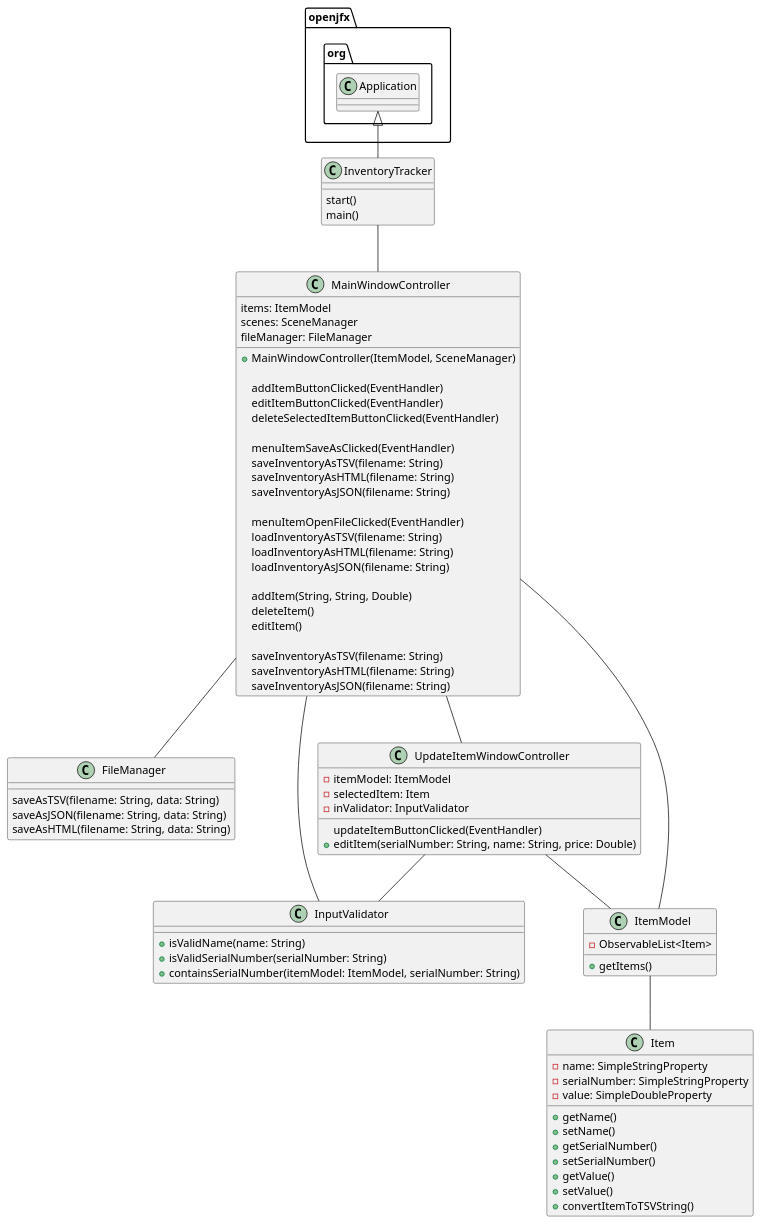
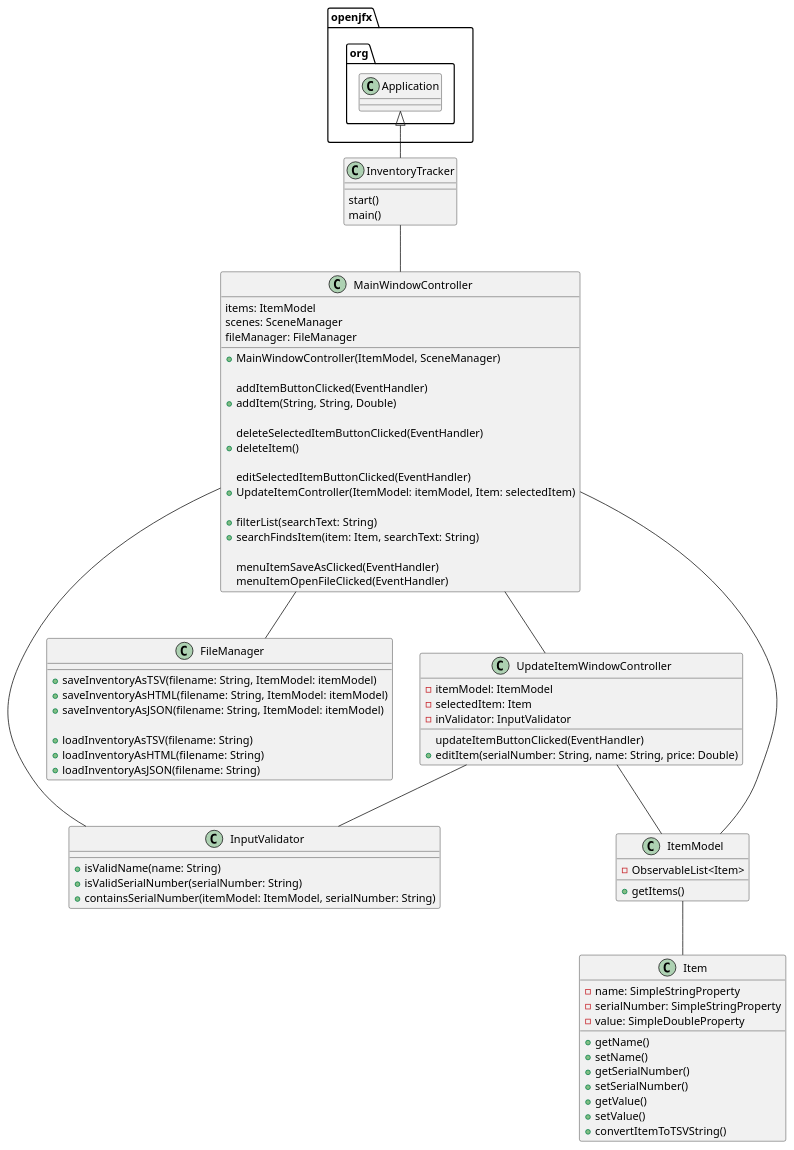
The diagram in uml/as5.puml (mredelis/COP3330-OOP-AS5-Summer21), drawn with PlantUML before and after one commit. The commit also changed 4 other files, not shown here.

```diff
--- a/uml/as5.puml
+++ b/uml/as5.puml
@@ -1,95 +1,91 @@
 @startuml
 
 class InventoryTracker {
     start()
     main()
 }
 
 class MainWindowController {
     items: ItemModel
     scenes: SceneManager
     fileManager: FileManager
 
     + MainWindowController(ItemModel, SceneManager)
 
     addItemButtonClicked(EventHandler)
-    editItemButtonClicked(EventHandler)
+    + addItem(String, String, Double)
+
     deleteSelectedItemButtonClicked(EventHandler)
+    + deleteItem()
+
+    editSelectedItemButtonClicked(EventHandler)
+    + UpdateItemController(ItemModel: itemModel, Item: selectedItem)
+
+    + filterList(searchText: String)
+    + searchFindsItem(item: Item, searchText: String)
 
     menuItemSaveAsClicked(EventHandler)
-    saveInventoryAsTSV(filename: String)
-    saveInventoryAsHTML(filename: String)
-    saveInventoryAsJSON(filename: String)
-
     menuItemOpenFileClicked(EventHandler)
-    loadInventoryAsTSV(filename: String)
-    loadInventoryAsHTML(filename: String)
-    loadInventoryAsJSON(filename: String)
-
-    addItem(String, String, Double)
-    deleteItem()
-    editItem()
-
-    saveInventoryAsTSV(filename: String)
-    saveInventoryAsHTML(filename: String)
-    saveInventoryAsJSON(filename: String)
-}
-
-class FileManager {
-    saveAsTSV(filename: String, data: String)
-    saveAsJSON(filename: String, data: String)
-    saveAsHTML(filename: String, data: String)
 }
 
 class UpdateItemWindowController {
     - itemModel: ItemModel
     - selectedItem: Item
     - inValidator: InputValidator
 
     updateItemButtonClicked(EventHandler)
     + editItem(serialNumber: String, name: String, price: Double)
+}
 
+class FileManager {
+
+    + saveInventoryAsTSV(filename: String, ItemModel: itemModel)
+    + saveInventoryAsHTML(filename: String, ItemModel: itemModel)
+    + saveInventoryAsJSON(filename: String, ItemModel: itemModel)
+
+    + loadInventoryAsTSV(filename: String)
+    + loadInventoryAsHTML(filename: String)
+    + loadInventoryAsJSON(filename: String)
 }
 
 class InputValidator {
     + isValidName(name: String)
     + isValidSerialNumber(serialNumber: String)
     + containsSerialNumber(itemModel: ItemModel, serialNumber: String)
 }
-
 
 class ItemModel {
     - ObservableList<Item>
 
     /' ObservableList is not serializable
        Copying everything over a normal list
        Use Gson on that normal list '/
 
      + getItems()
 }
 
 class Item {
     - name: SimpleStringProperty
     - serialNumber: SimpleStringProperty
     - value: SimpleDoubleProperty
 
     + getName()
     + setName()
     + getSerialNumber()
     + setSerialNumber()
     + getValue()
     + setValue()
     + convertItemToTSVString()
 }
 
 openjfx.org.Application <|-- InventoryTracker
 InventoryTracker -- MainWindowController
 MainWindowController -- ItemModel
 MainWindowController -- UpdateItemWindowController
 MainWindowController -- InputValidator
 UpdateItemWindowController -- InputValidator
 UpdateItemWindowController -- ItemModel
 ItemModel -- Item
 MainWindowController -- FileManager
 
 @enduml
```
